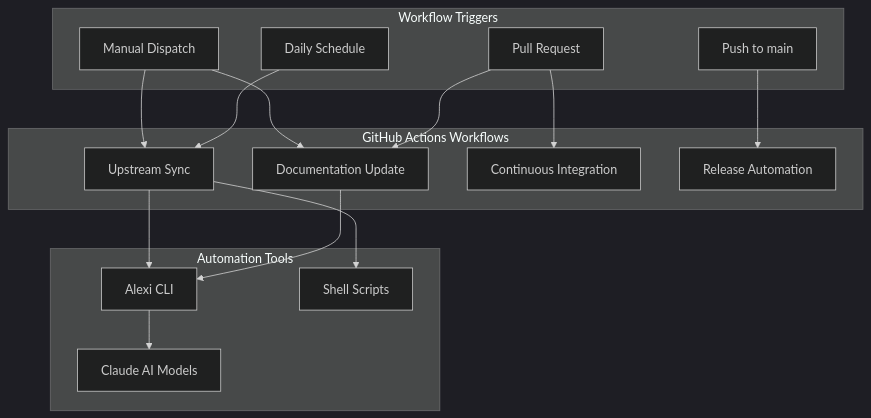
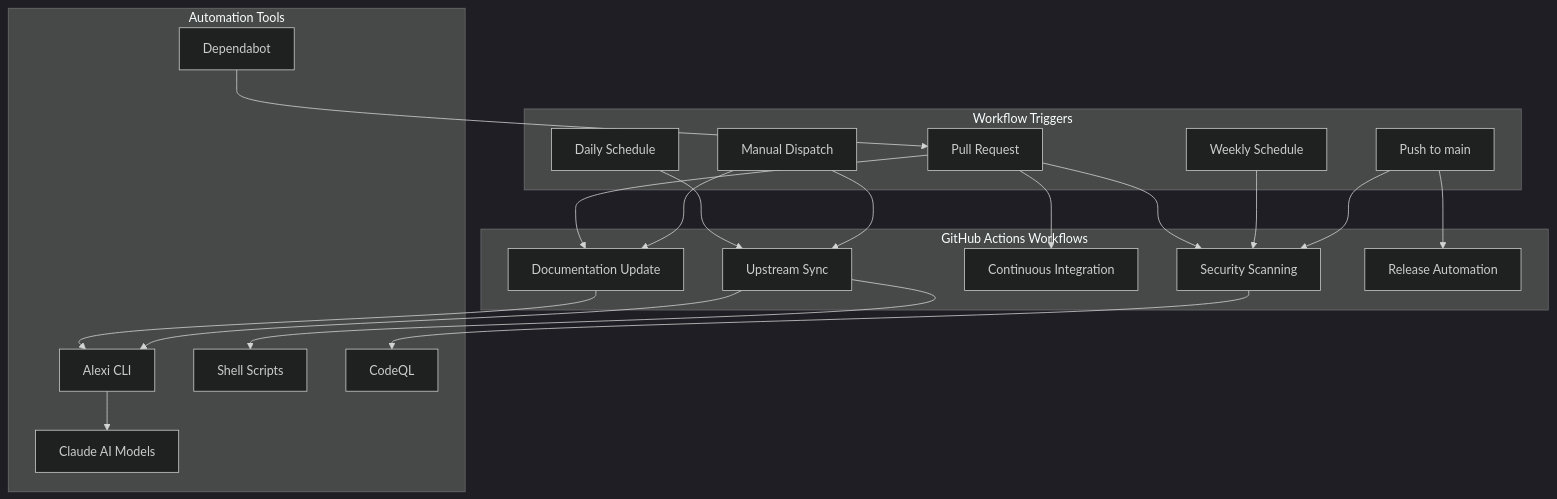
One commit to ausardcompany/alexi changed the first of 6 diagrams in docs/AUTOMATION.md. Above: the diagram before and after it, drawn with Mermaid (dark theme). The commit also changed other lines of this file and 3 other files, not shown here.

````diff
--- a/docs/AUTOMATION.md
+++ b/docs/AUTOMATION.md
@@ -11,34 +11,43 @@
 ```mermaid
 graph TB
     subgraph Triggers["Workflow Triggers"]
         PR[Pull Request]
         Push[Push to main]
         Schedule[Daily Schedule]
+        WeeklySchedule[Weekly Schedule]
         Manual[Manual Dispatch]
     end
     
     subgraph Workflows["GitHub Actions Workflows"]
         DocUpdate[Documentation Update]
         Sync[Upstream Sync]
         CI[Continuous Integration]
+        Security[Security Scanning]
         Release[Release Automation]
     end
     
     subgraph Tools["Automation Tools"]
         Alexi[Alexi CLI]
         Claude[Claude AI Models]
         Scripts[Shell Scripts]
+        CodeQL[CodeQL]
+        Dependabot[Dependabot]
     end
     
     PR --> DocUpdate
     PR --> CI
+    PR --> Security
     Schedule --> Sync
+    WeeklySchedule --> Security
     Manual --> Sync
     Manual --> DocUpdate
     Push --> Release
+    Push --> Security
     
     DocUpdate --> Alexi
     Sync --> Alexi
     Alexi --> Claude
     Sync --> Scripts
+    Security --> CodeQL
+    Dependabot --> PR
 ```
````
